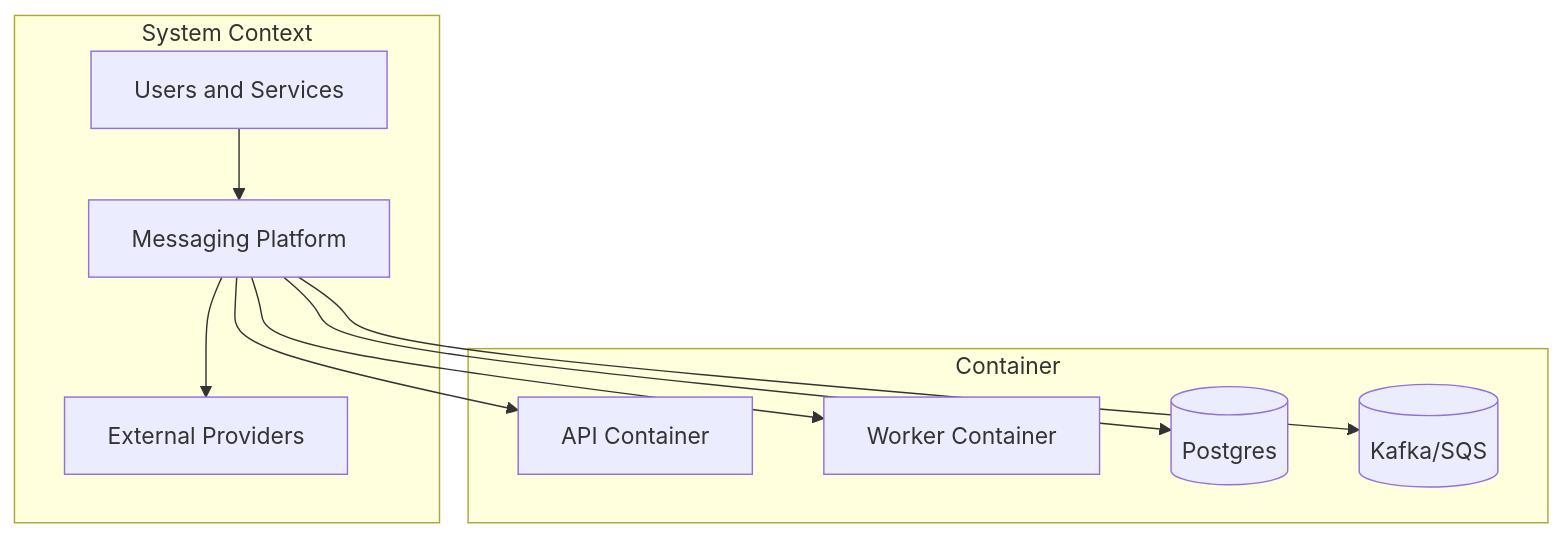
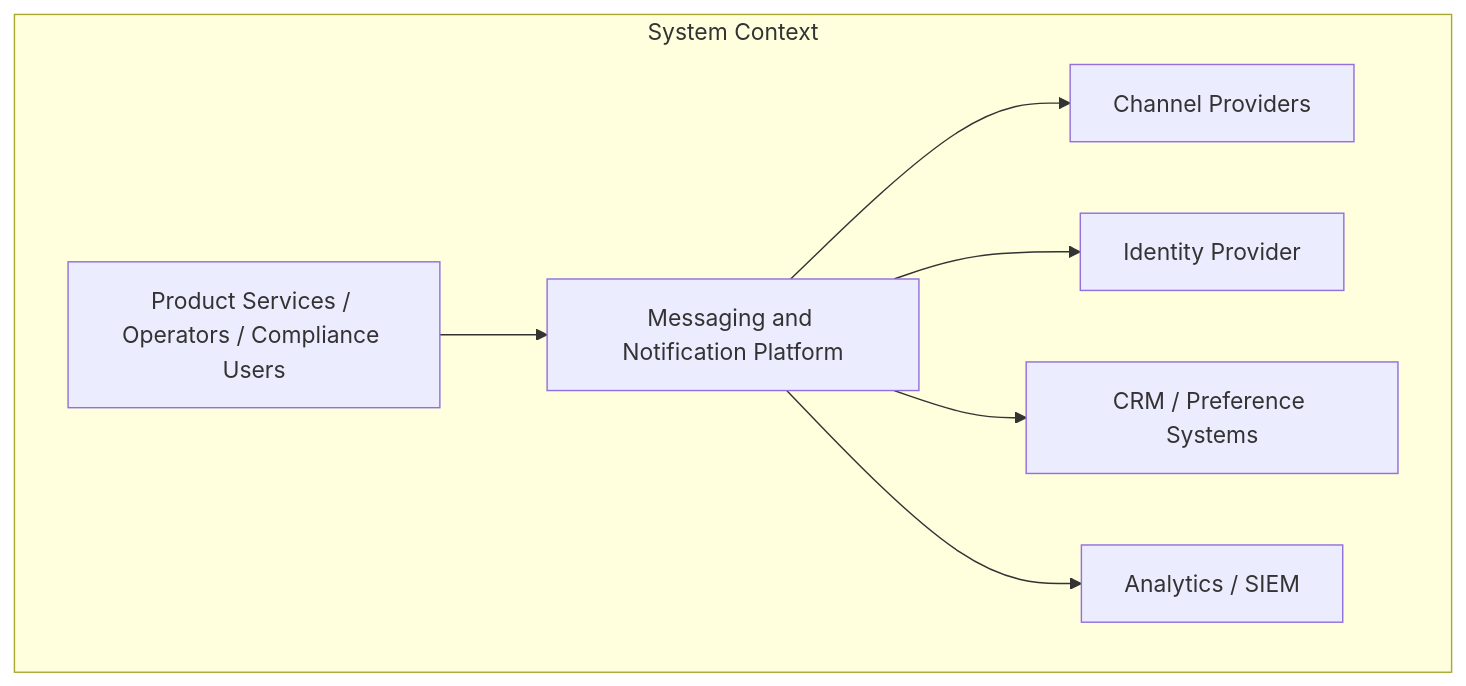
One commit to 0Ankit0/Project-Ideas changed the first of 2 diagrams in Messaging and Notification Platform/high-level-design/c4-diagrams.md. Above: the diagram before and after it, drawn with Mermaid. The commit also changed other lines of this file and 19 other files, not shown here.

Commit message:
Update Messaging and Notification Platform: analysis, design, edge cases, HLD, implementation, infra, and requirements docs

````diff
--- a/Messaging and Notification Platform/high-level-design/c4-diagrams.md
+++ b/Messaging and Notification Platform/high-level-design/c4-diagrams.md
@@ -10,13 +10,10 @@
 ```mermaid
 flowchart TB
   subgraph L1[System Context]
-    U[Users and Services] --> S[Messaging Platform]
-    S --> P[External Providers]
-  end
-  subgraph L2[Container]
-    S --> API[API Container]
-    S --> WK[Worker Container]
-    S --> DB[(Postgres)]
-    S --> MQ[(Kafka/SQS)]
+    U[Product Services / Operators / Compliance Users] --> S[Messaging and Notification Platform]
+    S --> P[Channel Providers]
+    S --> I[Identity Provider]
+    S --> C[CRM / Preference Systems]
+    S --> A[Analytics / SIEM]
   end
 ```
````
